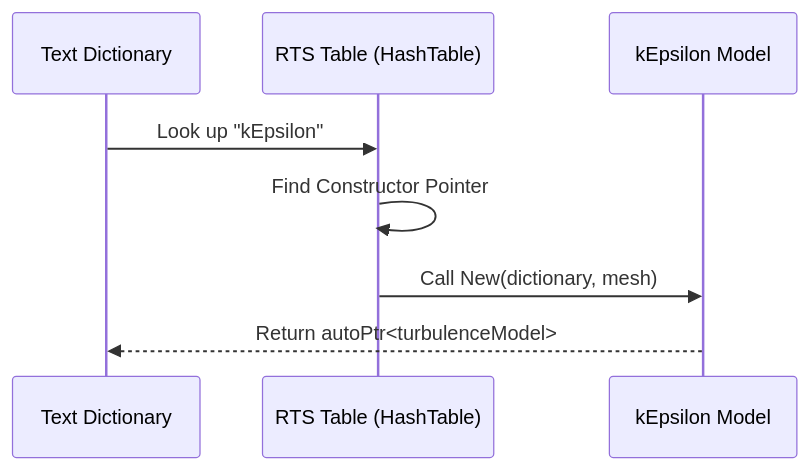
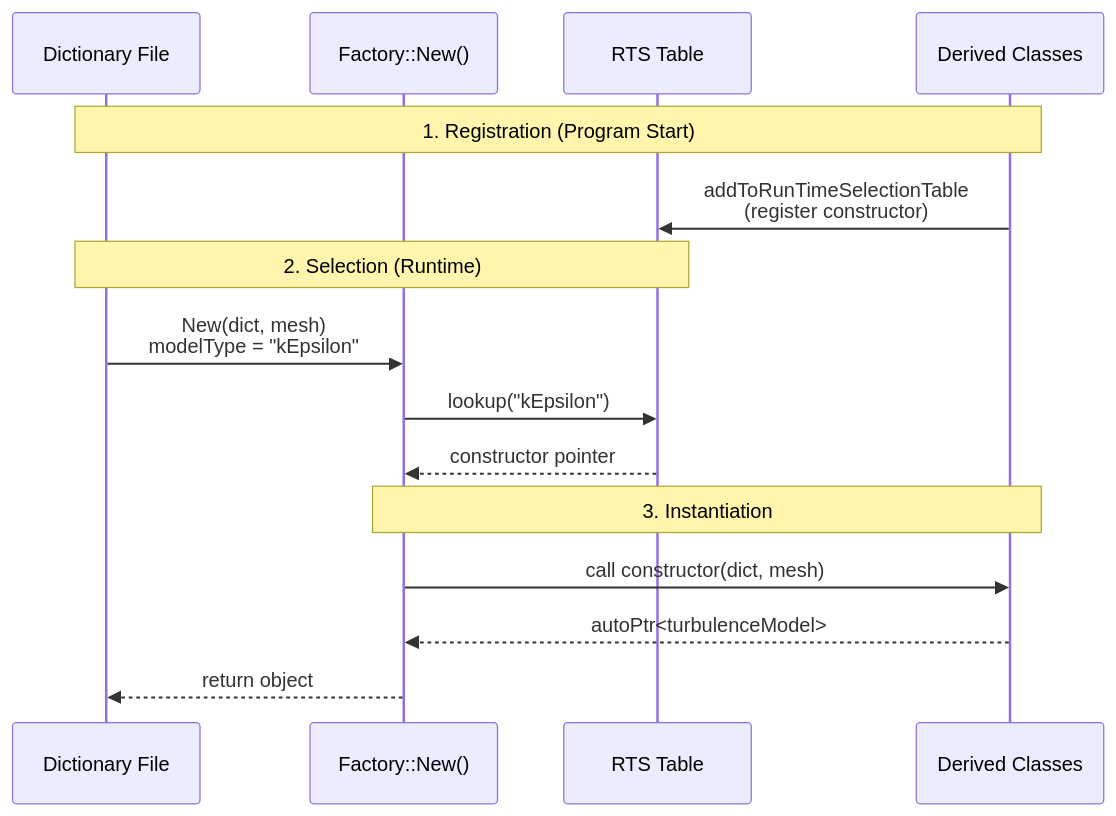
Before and after one commit to wramet/build-my-cfd: the diagram in MODULE_09_ADVANCED_TOPICS/CONTENT/02_INHERITANCE_POLYMORPHISM/04_Run_Time_Selection_System.md, drawn with Mermaid. The commit also changed other lines of this file and 203 other files, not shown here.

````diff
--- a/MODULE_09_ADVANCED_TOPICS/CONTENT/02_INHERITANCE_POLYMORPHISM/04_Run_Time_Selection_System.md
+++ b/MODULE_09_ADVANCED_TOPICS/CONTENT/02_INHERITANCE_POLYMORPHISM/04_Run_Time_Selection_System.md
@@ -15,11 +50,20 @@
 ```mermaid
 sequenceDiagram
-    participant User as Text Dictionary
-    participant RTS as RTS Table (HashTable)
-    participant Model as kEpsilon Model
+    participant User as Dictionary File
+    participant Factory as Factory::New()
+    participant RTS as RTS Table
+    participant Derived as Derived Classes
     
-    User->>RTS: Look up "kEpsilon"
-    RTS->>RTS: Find Constructor Pointer
-    RTS->>Model: Call New(dictionary, mesh)
-    Model-->>User: Return autoPtr<turbulenceModel>
+    Note over Derived,User: 1. Registration (Program Start)
+    Derived->>RTS: addToRunTimeSelectionTable<br/>(register constructor)
+    
+    Note over User,RTS: 2. Selection (Runtime)
+    User->>Factory: New(dict, mesh)<br/>modelType = "kEpsilon"
+    Factory->>RTS: lookup("kEpsilon")
+    RTS-->>Factory: constructor pointer
+    
+    Note over Factory,Derived: 3. Instantiation
+    Factory->>Derived: call constructor(dict, mesh)
+    Derived-->>Factory: autoPtr<turbulenceModel>
+    Factory-->>User: return object
 ```
````
